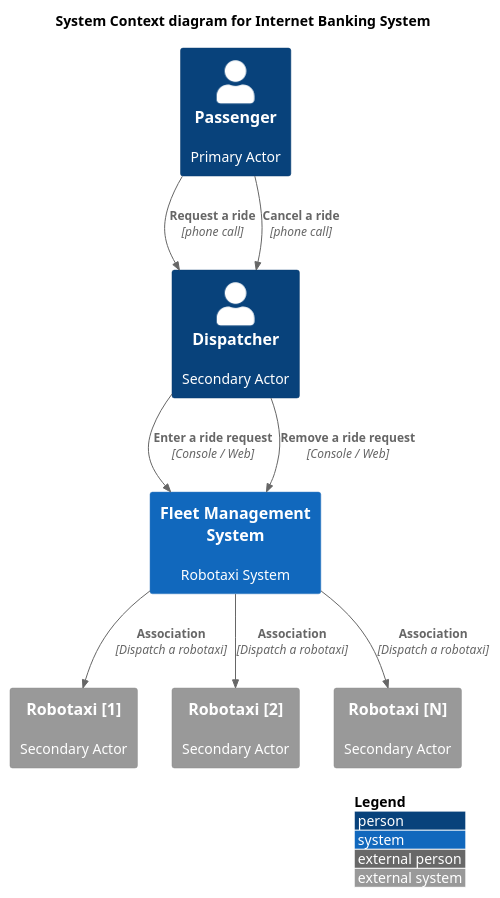
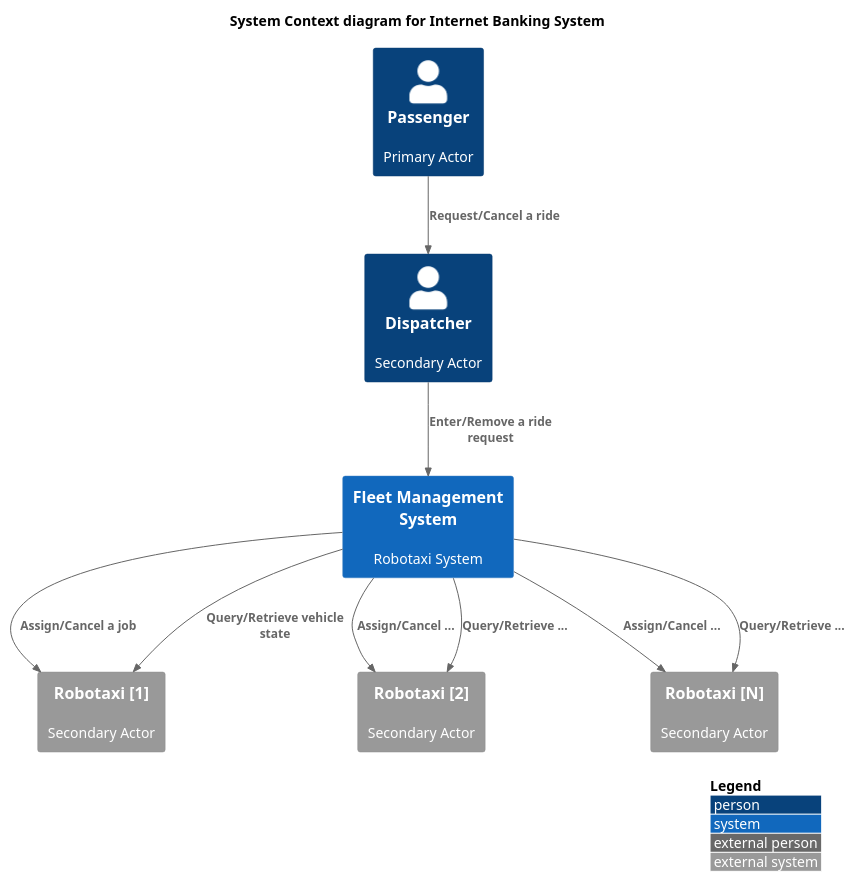
Before and after one commit to RobotMa/DesignPattern: the diagram in Misc/RobotaxiManagementSystem/Context.puml, drawn with PlantUML. The commit also changed 3 other files, not shown here.

```diff
--- a/Misc/RobotaxiManagementSystem/Context.puml
+++ b/Misc/RobotaxiManagementSystem/Context.puml
@@ -1,31 +1,31 @@
 @startuml
-!include  https://raw.githubusercontent.com/plantuml-stdlib/C4-PlantUML/master/C4_Container.puml
 !include https://raw.githubusercontent.com/plantuml-stdlib/C4-PlantUML/master/C4_Context.puml
 
 LAYOUT_WITH_LEGEND()
 
 title System Context diagram for Internet Banking System
 
 Person(p1, "Passenger", "Primary Actor")
 
 Person(p2, "Dispatcher", "Secondary Actor")
 
 System(FMS, "Fleet Management System", "Robotaxi System")
 
 System_Ext(robo1, "Robotaxi [1]", "Secondary Actor")
 System_Ext(robo2, "Robotaxi [2]",  "Secondary Actor")
 System_Ext(robon, "Robotaxi [N]",  "Secondary Actor")
 
 
-Rel(p1, p2, "Request a ride", "phone call")
-Rel(p1, p2, "Cancel a ride", "phone call")
+Rel(p1, p2, "Request/Cancel a ride")
 
-Rel(p2, FMS, "Enter a ride request", "Console / Web")
-Rel(p2, FMS, "Remove a ride request", "Console / Web")
+Rel(p2, FMS, "Enter/Remove a ride request")
 
-Rel(FMS, robo1, "Association", "Dispatch a robotaxi")
-Rel(FMS, robo2, "Association", "Dispatch a robotaxi")
-Rel(FMS, robon, "Association", "Dispatch a robotaxi")
+Rel(FMS, robo1, "Assign/Cancel a job")
+Rel(FMS, robo2, "Assign/Cancel ...")
+Rel(FMS, robon, "Assign/Cancel ...")
 
+Rel(FMS, robo1, "Query/Retrieve vehicle state")
+Rel(FMS, robo2, "Query/Retrieve ...")
+Rel(FMS, robon, "Query/Retrieve ...")
 
 @enduml
```
